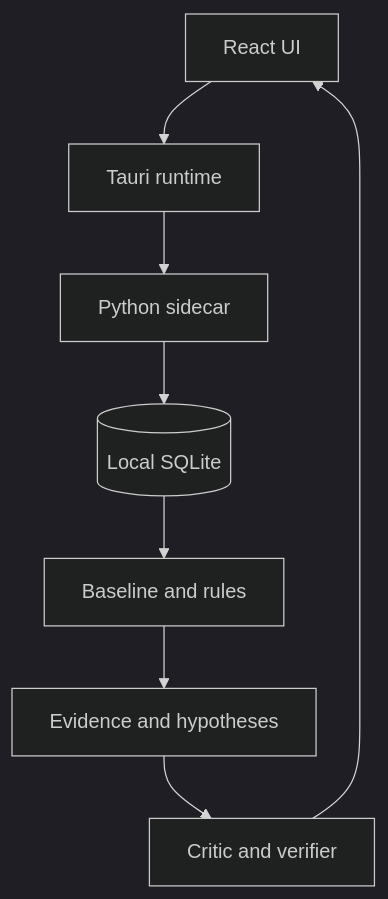
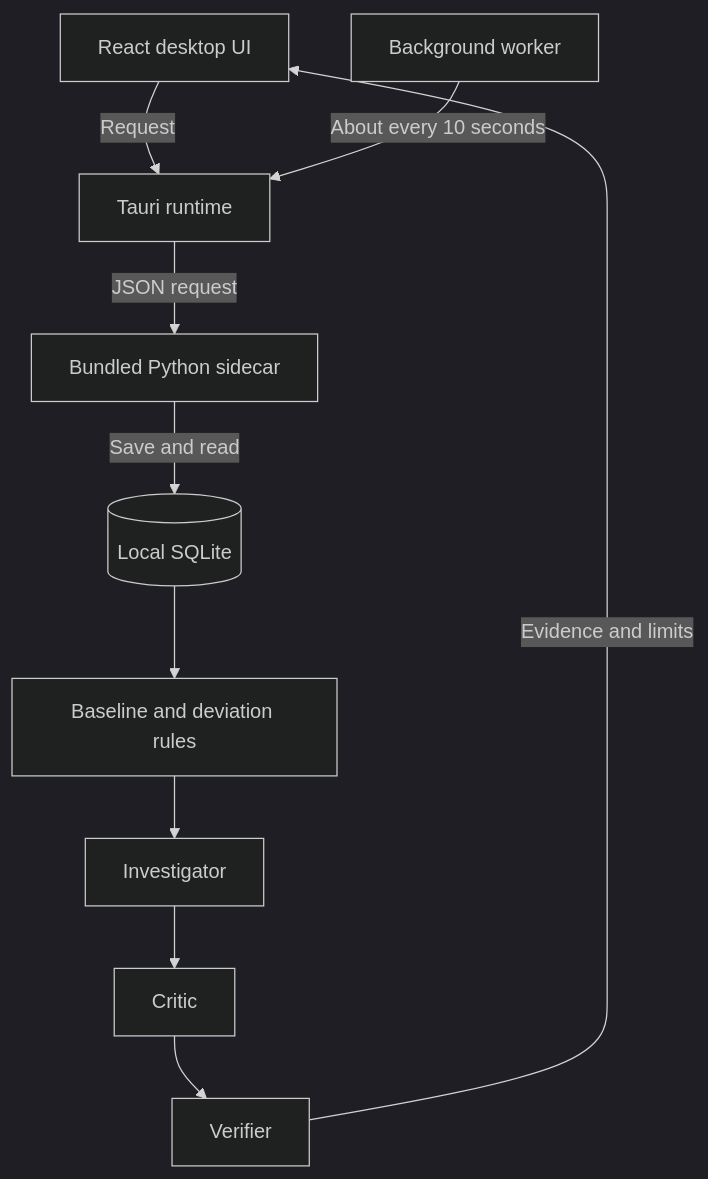
One commit to fireaideveloper/SherlockPC changed the first of 2 diagrams in README.md. Above: the diagram before and after it, drawn with Mermaid (dark theme). The commit also changed other lines of this file, not shown here.

````diff
--- a/README.md
+++ b/README.md
@@ -126,10 +79,12 @@
 ```mermaid
 flowchart TD
-  UI[React UI] --> Native[Tauri runtime]
-  Native --> Core[Python sidecar]
-  Core --> DB[(Local SQLite)]
-  DB --> Check[Baseline and rules]
-  Check --> Evidence[Evidence and hypotheses]
-  Evidence --> Verify[Critic and verifier]
-  Verify --> UI
+    UI["React desktop UI"] -->|"Request"| Native["Tauri runtime"]
+    Worker["Background worker"] -->|"About every 10 seconds"| Native
+    Native -->|"JSON request"| Core["Bundled Python sidecar"]
+    Core -->|"Save and read"| DB[("Local SQLite")]
+    DB --> Rules["Baseline and deviation rules"]
+    Rules --> Investigator["Investigator"]
+    Investigator --> Critic["Critic"]
+    Critic --> Verifier["Verifier"]
+    Verifier -->|"Evidence and limits"| UI
 ```
````
